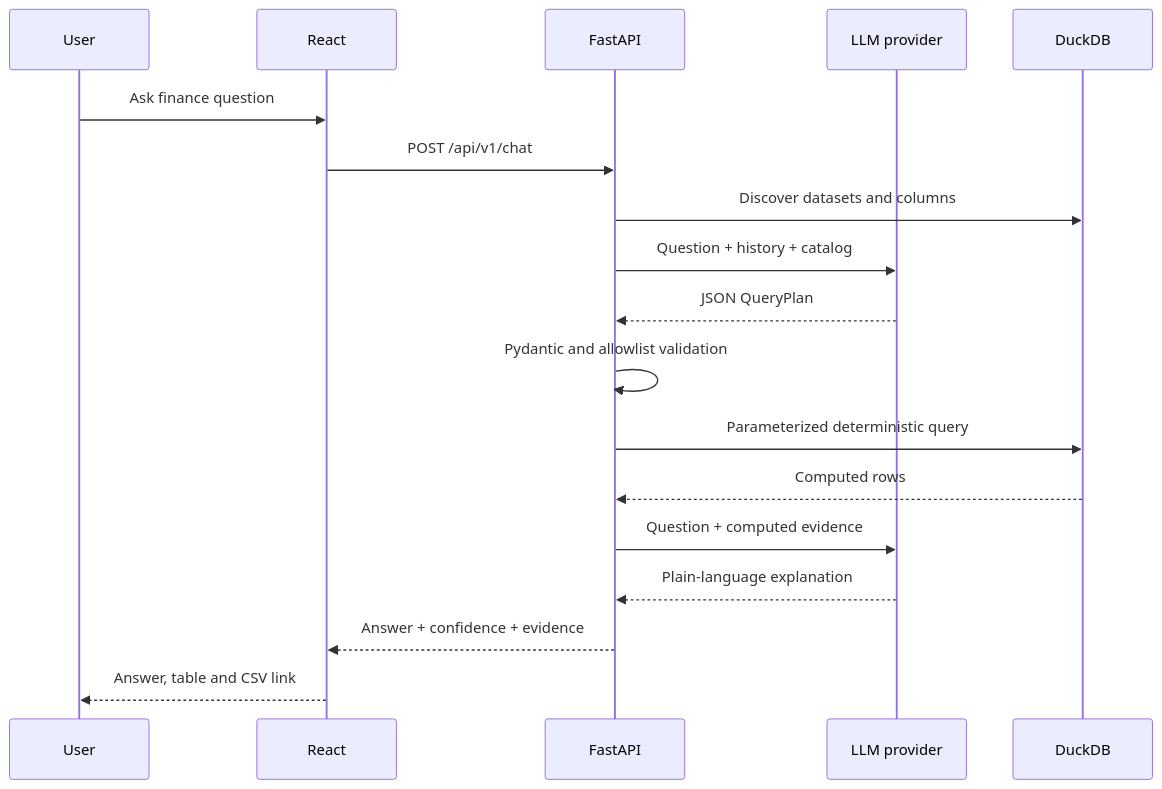
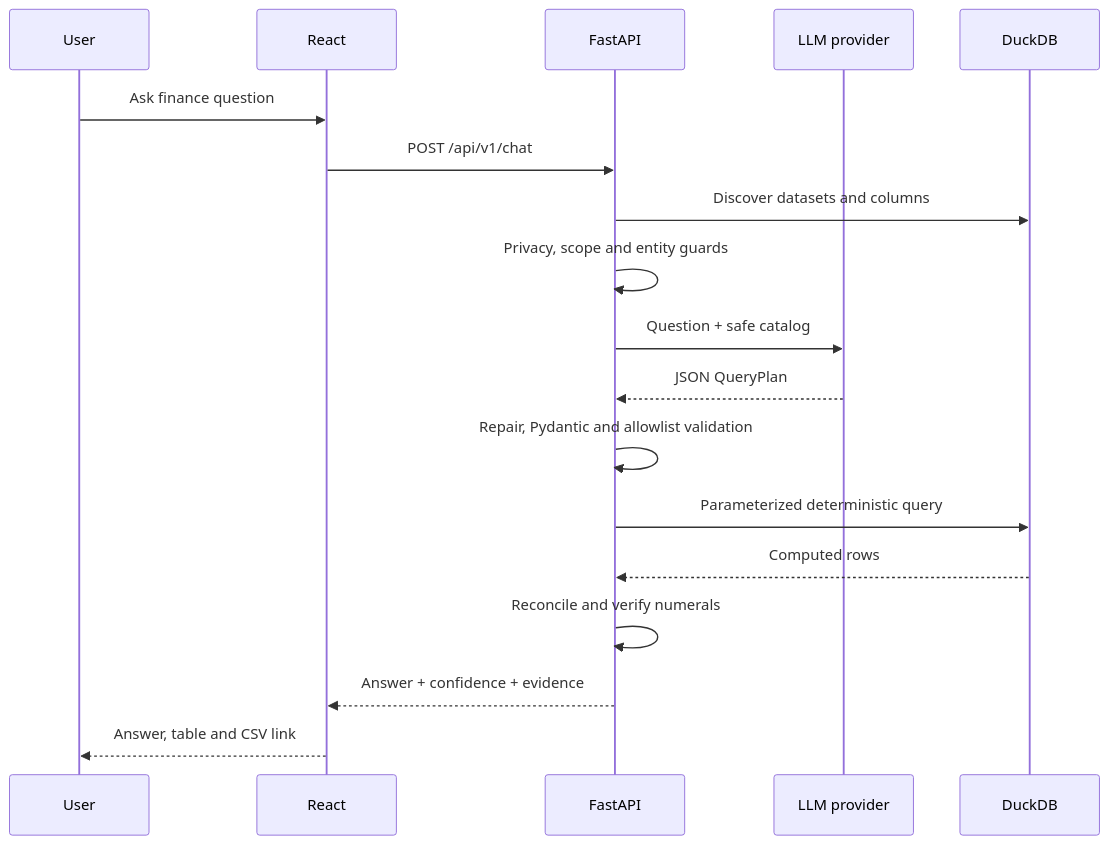
The third of 4 diagrams in docs/ARCHITECTURE.md (MenigStar91/tbx-ai-assistant), drawn with Mermaid before and after one commit. The commit also changed other lines of this file and 45 other files, not shown here.

Commit message:
feat: integrate final TBX schema and pre-prod guardrails

````diff
--- a/docs/ARCHITECTURE.md
+++ b/docs/ARCHITECTURE.md
@@ -87,20 +87,20 @@
 ```mermaid
 sequenceDiagram
     participant U as User
     participant R as React
     participant A as FastAPI
     participant L as LLM provider
     participant D as DuckDB
     U->>R: Ask finance question
     R->>A: POST /api/v1/chat
     A->>D: Discover datasets and columns
-    A->>L: Question + history + catalog
+    A->>A: Privacy, scope and entity guards
+    A->>L: Question + safe catalog
     L-->>A: JSON QueryPlan
-    A->>A: Pydantic and allowlist validation
+    A->>A: Repair, Pydantic and allowlist validation
     A->>D: Parameterized deterministic query
     D-->>A: Computed rows
-    A->>L: Question + computed evidence
-    L-->>A: Plain-language explanation
+    A->>A: Reconcile and verify numerals
     A-->>R: Answer + confidence + evidence
     R-->>U: Answer, table and CSV link
 ```
````
